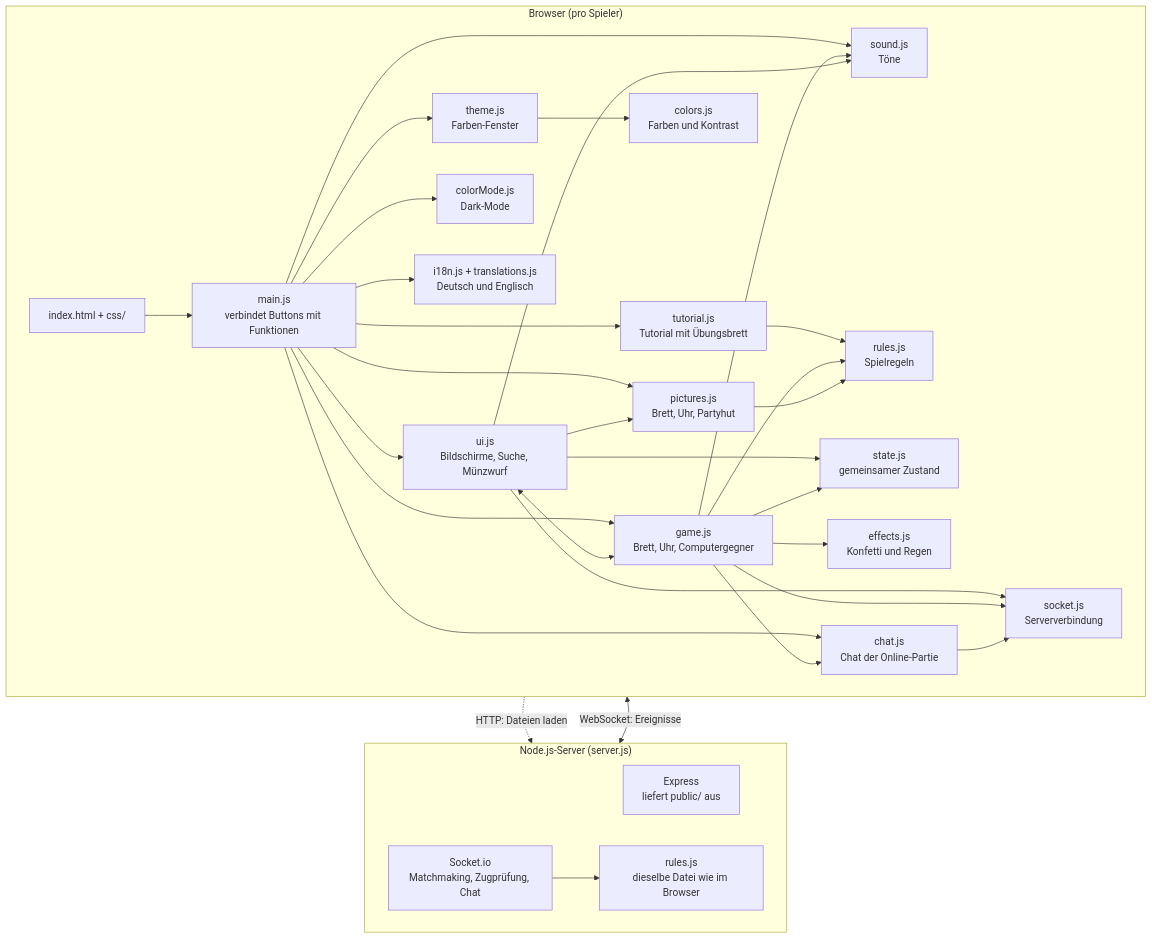
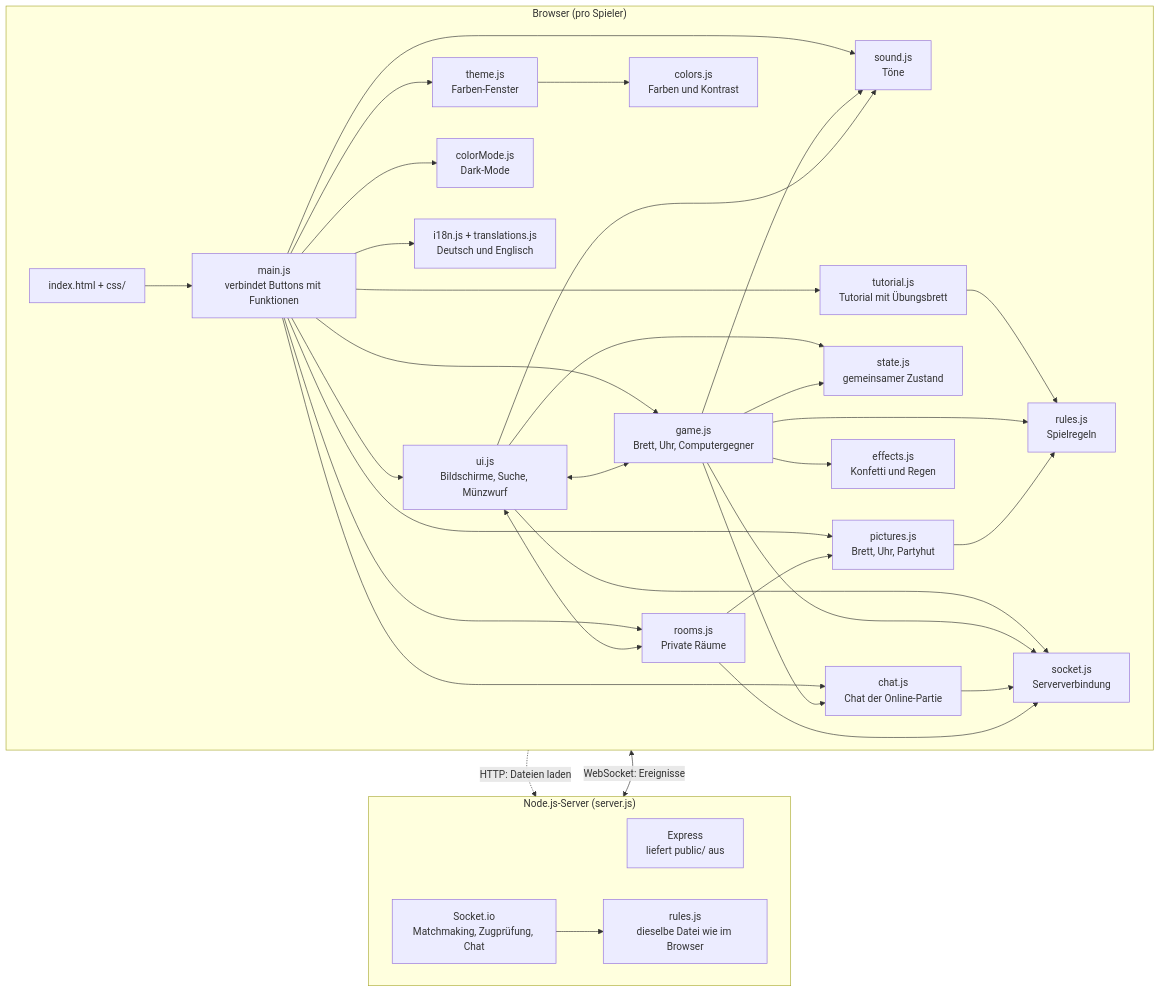
One commit to flofries00/WebProgDHBWDame changed the first of 2 diagrams in README.md. Above: the diagram before and after it, drawn with Mermaid. The commit also changed other lines of this file and 3 other files, not shown here.

Commit message:
Auslagern: Private Räume von ui.js nach rooms.js (prepareRoomSection statt Raum-Teil in showSetup), README

````diff
--- a/README.md
+++ b/README.md
@@ -162,58 +163,62 @@
 ```mermaid
 flowchart TB
     subgraph Browser["Browser (pro Spieler)"]
         direction LR
         HTML["index.html + css/"]
         Main["main.js<br/>verbindet Buttons mit Funktionen"]
         UI["ui.js<br/>Bildschirme, Suche, Münzwurf"]
         Game["game.js<br/>Brett, Uhr, Computergegner"]
         RulesC["rules.js<br/>Spielregeln"]
         Sound["sound.js<br/>Töne"]
         Theme["theme.js<br/>Farben-Fenster"]
         Colors["colors.js<br/>Farben und Kontrast"]
         ColorMode["colorMode.js<br/>Dark-Mode"]
         Tutorial["tutorial.js<br/>Tutorial mit Übungsbrett"]
         State["state.js<br/>gemeinsamer Zustand"]
         SocketC["socket.js<br/>Serververbindung"]
         I18n["i18n.js + translations.js<br/>Deutsch und Englisch"]
         Pictures["pictures.js<br/>Brett, Uhr, Partyhut"]
         Effects["effects.js<br/>Konfetti und Regen"]
         Chat["chat.js<br/>Chat der Online-Partie"]
+        Rooms["rooms.js<br/>Private Räume"]
         HTML --> Main
         Main --> UI
         Main --> Game
         Main --> Sound
         Main --> Theme
         Main --> ColorMode
         Main --> Tutorial
         Tutorial --> RulesC
         Theme --> Colors
         UI <--> Game
         Game --> RulesC
         Game --> Sound
         UI --> Sound
         UI --> State
         Game --> State
         UI --> SocketC
         Game --> SocketC
         Main --> I18n
         Main --> Pictures
-        UI --> Pictures
         Pictures --> RulesC
         Game --> Effects
         Main --> Chat
         Game --> Chat
         Chat --> SocketC
+        Main --> Rooms
+        UI <--> Rooms
+        Rooms --> Pictures
+        Rooms --> SocketC
     end
 
     subgraph Server["Node.js-Server (server.js)"]
         direction LR
         Express["Express<br/>liefert public/ aus"]
         IO["Socket.io<br/>Matchmaking, Zugprüfung, Chat"]
         RulesS["rules.js<br/>dieselbe Datei wie im Browser"]
         IO --> RulesS
     end
 
     HTML -.->|"HTTP: Dateien laden"| Express
     SocketC <-->|"WebSocket: Ereignisse"| IO
 ```
````
